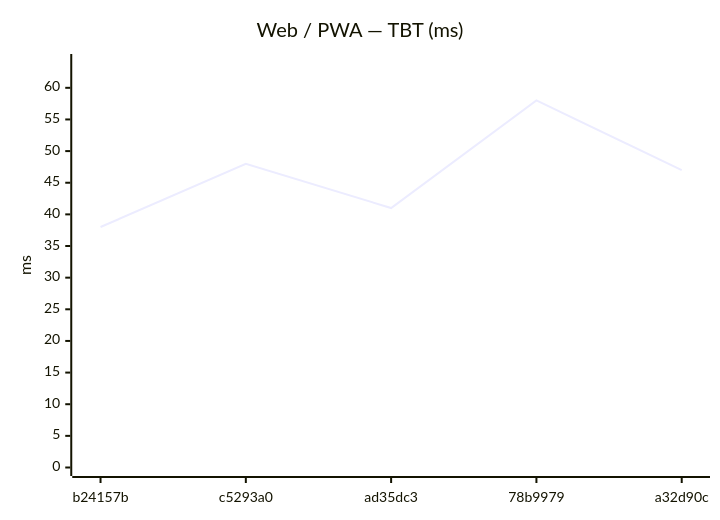
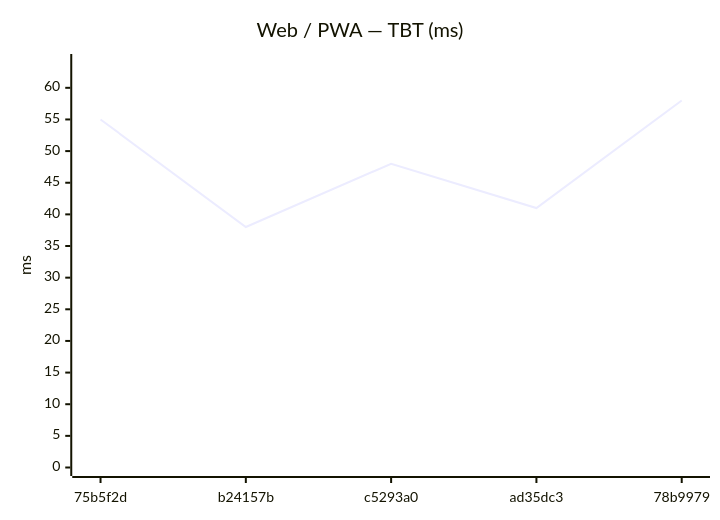
One commit to Metaheurist/Rianell changed the tenth of 24 diagrams in benchmarks/compare.md. Above: the diagram before and after it, drawn with Mermaid. The commit also changed other lines of this file and 14 other files, not shown here.

````diff
--- a/benchmarks/compare.md
+++ b/benchmarks/compare.md
@@ -151,7 +151,7 @@
 ```mermaid
 xychart-beta
     title "Web / PWA — TBT (ms)"
-    x-axis ["b24157b", "c5293a0", "ad35dc3", "78b9979", "a32d90c"]
+    x-axis ["75b5f2d", "b24157b", "c5293a0", "ad35dc3", "78b9979"]
     y-axis "ms" 0 --> 64
-    line [38, 48, 41, 58, 47]
+    line [55, 38, 48, 41, 58]
 ```
````
